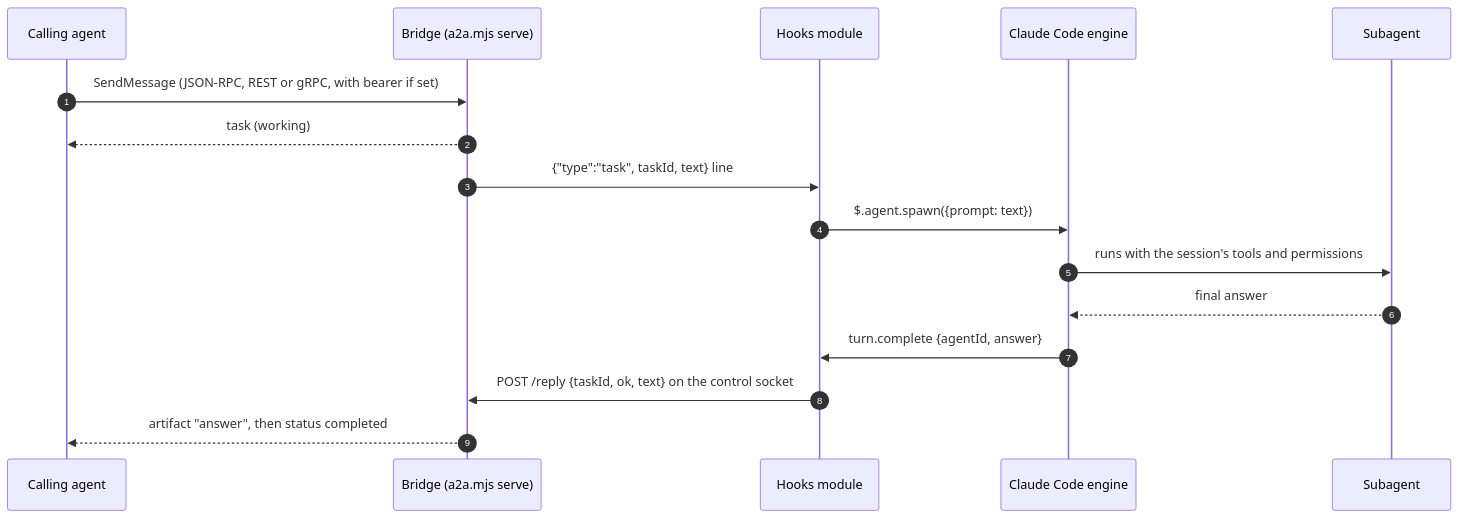
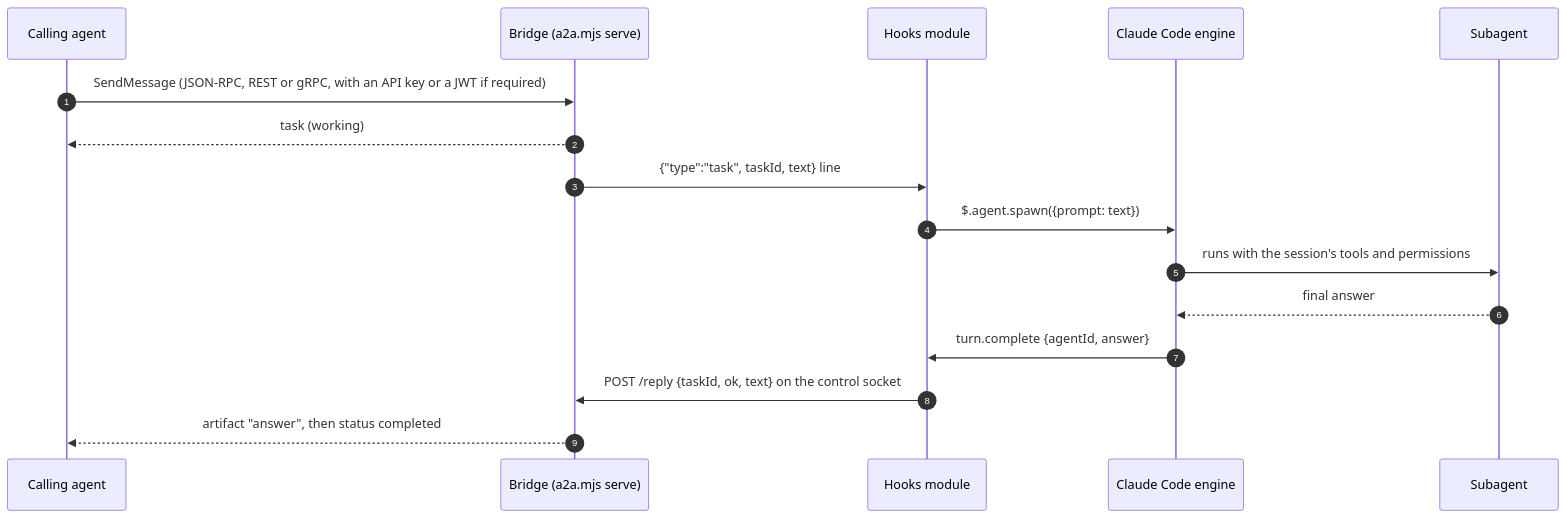
One commit to fulgas/claude-a2a changed the fifth of 6 diagrams in docs/architecture.md. Above: the diagram before and after it, drawn with Mermaid. The commit also changed other lines of this file and 5 other files, not shown here.

````diff
--- a/docs/architecture.md
+++ b/docs/architecture.md
@@ -162,19 +162,19 @@
 ```mermaid
 sequenceDiagram
   autonumber
   participant C as Calling agent
   participant B as Bridge (a2a.mjs serve)
   participant P as Hooks module
   participant E as Claude Code engine
   participant S as Subagent
 
-  C->>B: SendMessage (JSON-RPC, REST or gRPC, with bearer if set)
+  C->>B: SendMessage (JSON-RPC, REST or gRPC, with an API key or a JWT if required)
   B-->>C: task (working)
   B->>P: {"type":"task", taskId, text} line
   P->>E: $.agent.spawn({prompt: text})
   E->>S: runs with the session's tools and permissions
   S-->>E: final answer
   E->>P: turn.complete {agentId, answer}
   P->>B: POST /reply {taskId, ok, text} on the control socket
   B-->>C: artifact "answer", then status completed
 ```
````
